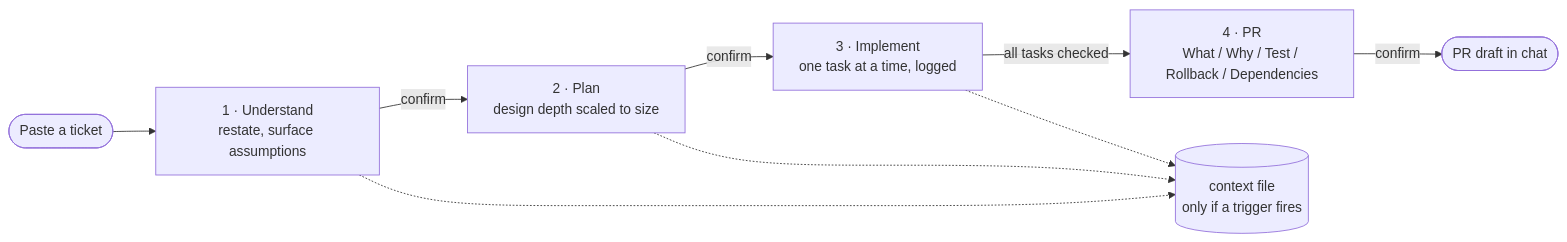
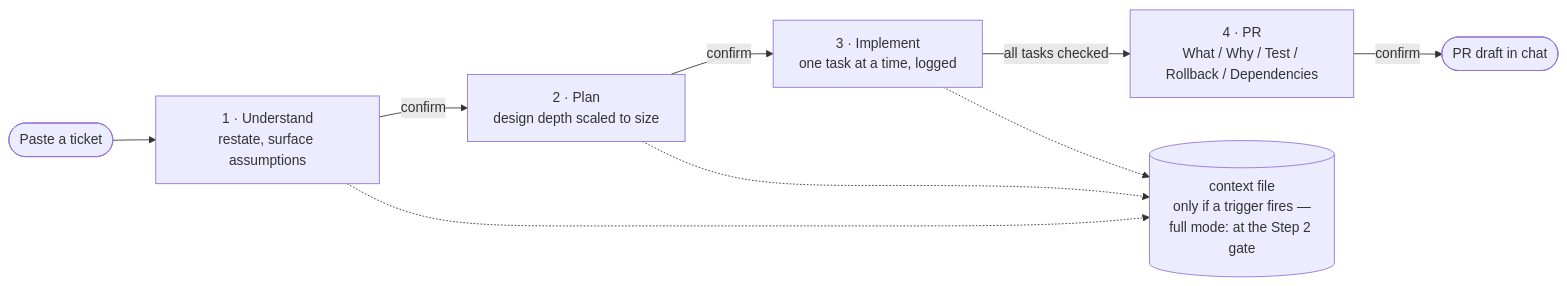
Before and after one commit to alias01/breadcrumbs: the first of 2 diagrams in README.md, drawn with Mermaid. The commit also changed other lines of this file and 14 other files, not shown here.

````diff
--- a/README.md
+++ b/README.md
@@ -32,13 +32,13 @@
 ```mermaid
 flowchart LR
     T([Paste a ticket]) --> S1["1 · Understand<br/>restate, surface assumptions"]
     S1 -- confirm --> S2["2 · Plan<br/>design depth scaled to size"]
     S2 -- confirm --> S3["3 · Implement<br/>one task at a time, logged"]
     S3 -- all tasks checked --> S4["4 · PR<br/>What / Why / Test / Rollback / Dependencies"]
     S4 -- confirm --> D([PR draft in chat])
 
     S1 -.-> G
     S2 -.-> G
     S3 -.-> G
-    G[(context file<br/>only if a trigger fires)]
+    G[(context file<br/>only if a trigger fires —<br/>full mode: at the Step 2 gate)]
 ```
````
